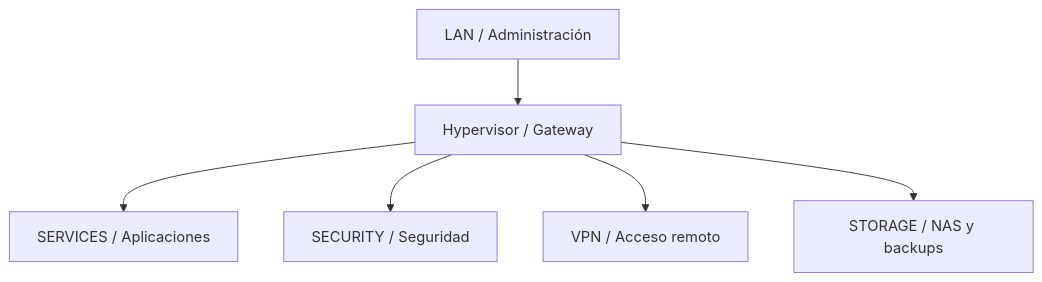
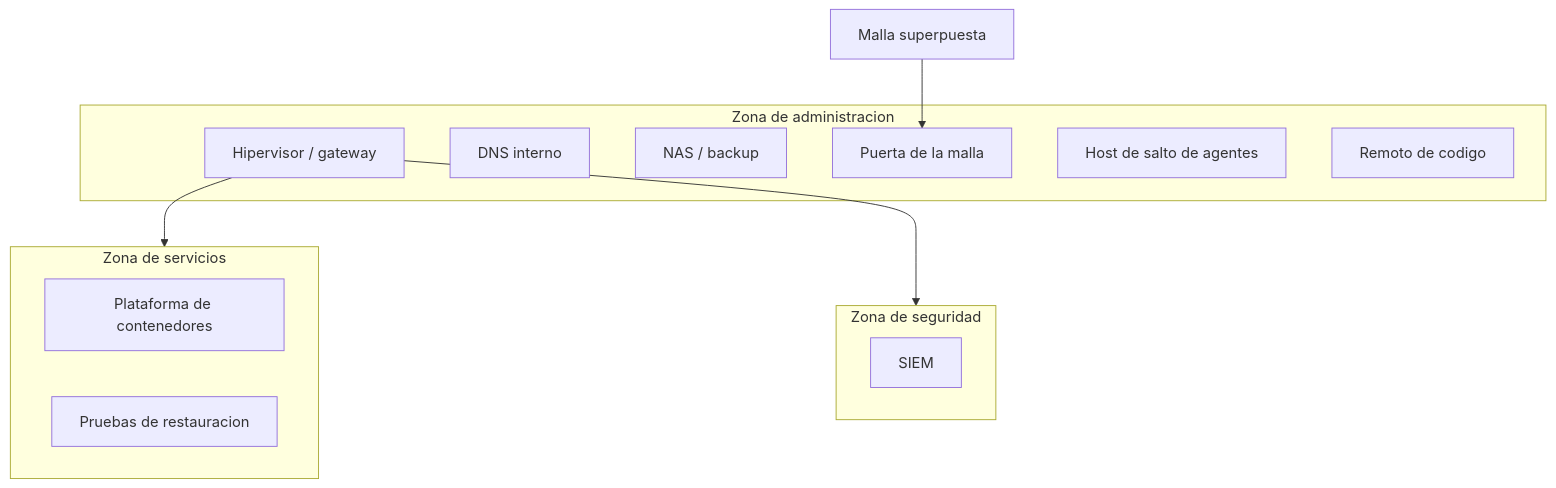
The diagram in docs/es/02-arquitectura-y-red.md (Nicolasperaltait/homelab), drawn with Mermaid before and after one commit. The commit also changed other lines of this file and 16 other files, not shown here.

````diff
--- a/docs/es/02-arquitectura-y-red.md
+++ b/docs/es/02-arquitectura-y-red.md
@@ -28,16 +32,21 @@
 ```mermaid
 flowchart TB
-    LAN[LAN / Administración]
-    SRV[SERVICES / Aplicaciones]
-    SEC[SECURITY / Seguridad]
-    VPN[VPN / Acceso remoto]
-    STO[STORAGE / NAS y backups]
-
-    HV[Hypervisor / Gateway]
-
-    LAN --> HV
+    subgraph ADM[Zona de administracion]
+        HV[Hipervisor / gateway]
+        DNS[DNS interno]
+        NAS[NAS / backup]
+        GW[Puerta de la malla]
+        JMP[Host de salto de agentes]
+        GIT[Remoto de codigo]
+    end
+    subgraph SRV[Zona de servicios]
+        CT[Plataforma de contenedores]
+        DR[Pruebas de restauracion]
+    end
+    subgraph SEC[Zona de seguridad]
+        SIEM[SIEM]
+    end
     HV --> SRV
     HV --> SEC
-    HV --> VPN
-    HV --> STO
+    MALLA[Malla superpuesta] --> GW
 ```
````
